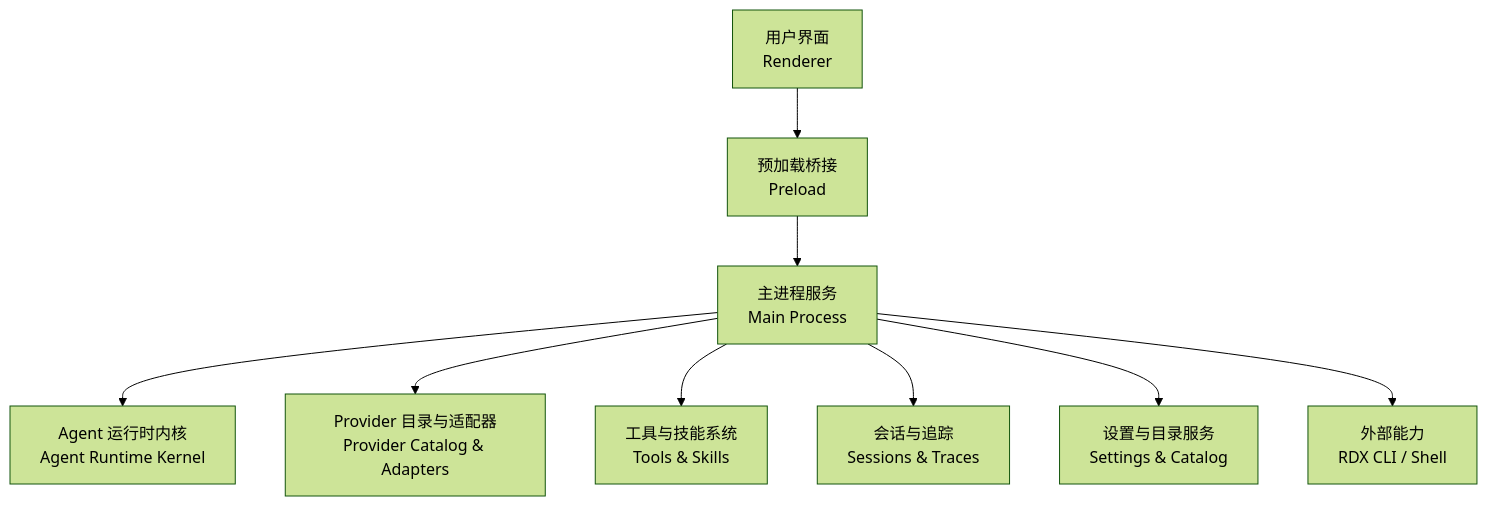
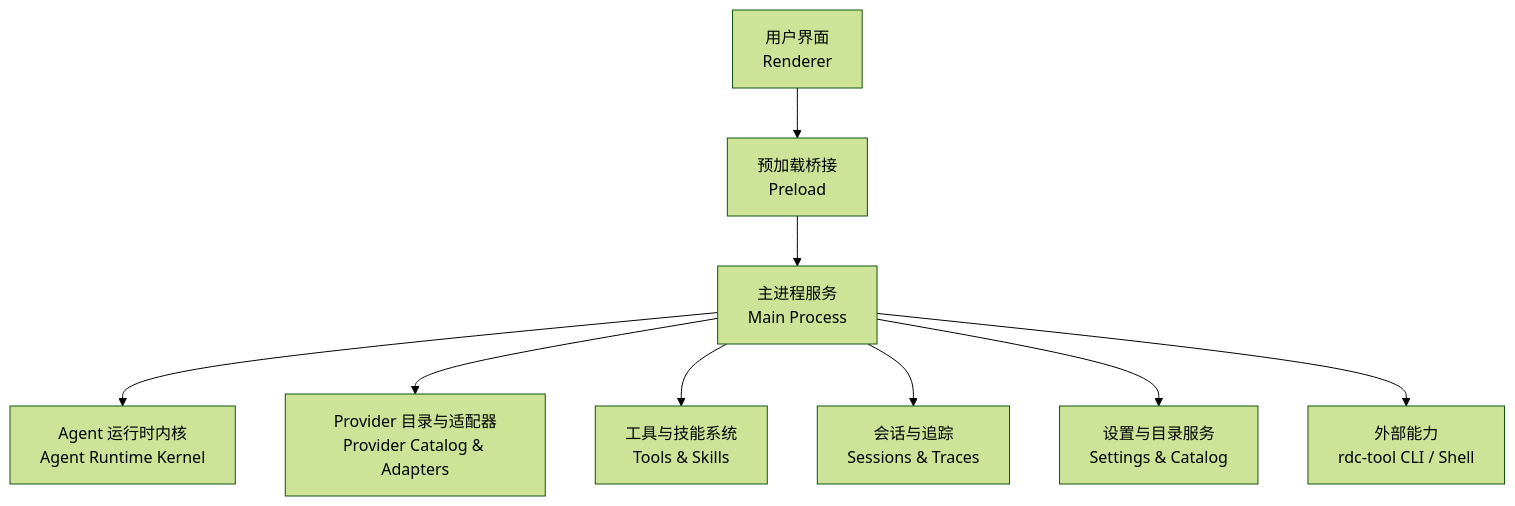
The first of 8 diagrams in .qoder/repowiki/zh/content/扩展开发/扩展开发.md (haolange/RDC-Agent), drawn with Mermaid (forest theme) before and after one commit. The commit also changed other lines of this file and 557 other files, not shown here.

First line of the commit message:
Unify RDC-Agent identity and canonical RDC-Tool integration

````diff
--- a/.qoder/repowiki/zh/content/扩展开发/扩展开发.md
+++ b/.qoder/repowiki/zh/content/扩展开发/扩展开发.md
@@ -46,11 +46,11 @@
 ```mermaid
 graph TB
 A["用户界面<br/>Renderer"] --> B["预加载桥接<br/>Preload"]
 B --> C["主进程服务<br/>Main Process"]
 C --> D["Agent 运行时内核<br/>Agent Runtime Kernel"]
 C --> E["Provider 目录与适配器<br/>Provider Catalog & Adapters"]
 C --> F["工具与技能系统<br/>Tools & Skills"]
 C --> G["会话与追踪<br/>Sessions & Traces"]
 C --> H["设置与目录服务<br/>Settings & Catalog"]
-C --> I["外部能力<br/>RDX CLI / Shell"]
+C --> I["外部能力<br/>rdc-tool CLI / Shell"]
 ```
````
